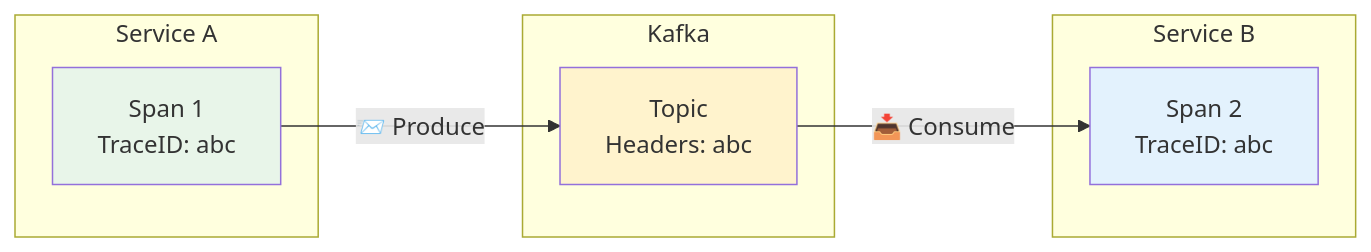
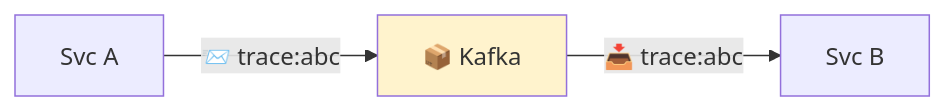
Before and after one commit to msellamiTN/kafka-bhf: the fourth of 4 diagrams in formation-v2/day-03-integration/module-08-observability/README.md, drawn with Mermaid. The commit also changed other lines of this file and 4 other files, not shown here.

Commit message:
refactor: reorganize Mermaid diagrams - more compact and readable

````diff
--- a/formation-v2/day-03-integration/module-08-observability/README.md
+++ b/formation-v2/day-03-integration/module-08-observability/README.md
@@ -120,20 +73,5 @@
 ```mermaid
 flowchart LR
-    subgraph svcA["Service A"]
-        SA["Span 1<br/>TraceID: abc"]
-    end
-    
-    subgraph kafka["Kafka"]
-        KT["Topic<br/>Headers: abc"]
-    end
-    
-    subgraph svcB["Service B"]
-        SB["Span 2<br/>TraceID: abc"]
-    end
-    
-    SA -->|"📨 Produce"| KT -->|"📥 Consume"| SB
-    
-    style SA fill:#e8f5e9
+    SA["Svc A"] -->|"📨 trace:abc"| KT["📦 Kafka"] -->|"📥 trace:abc"| SB["Svc B"]
     style KT fill:#fff3cd
-    style SB fill:#e3f2fd
 ```
````
